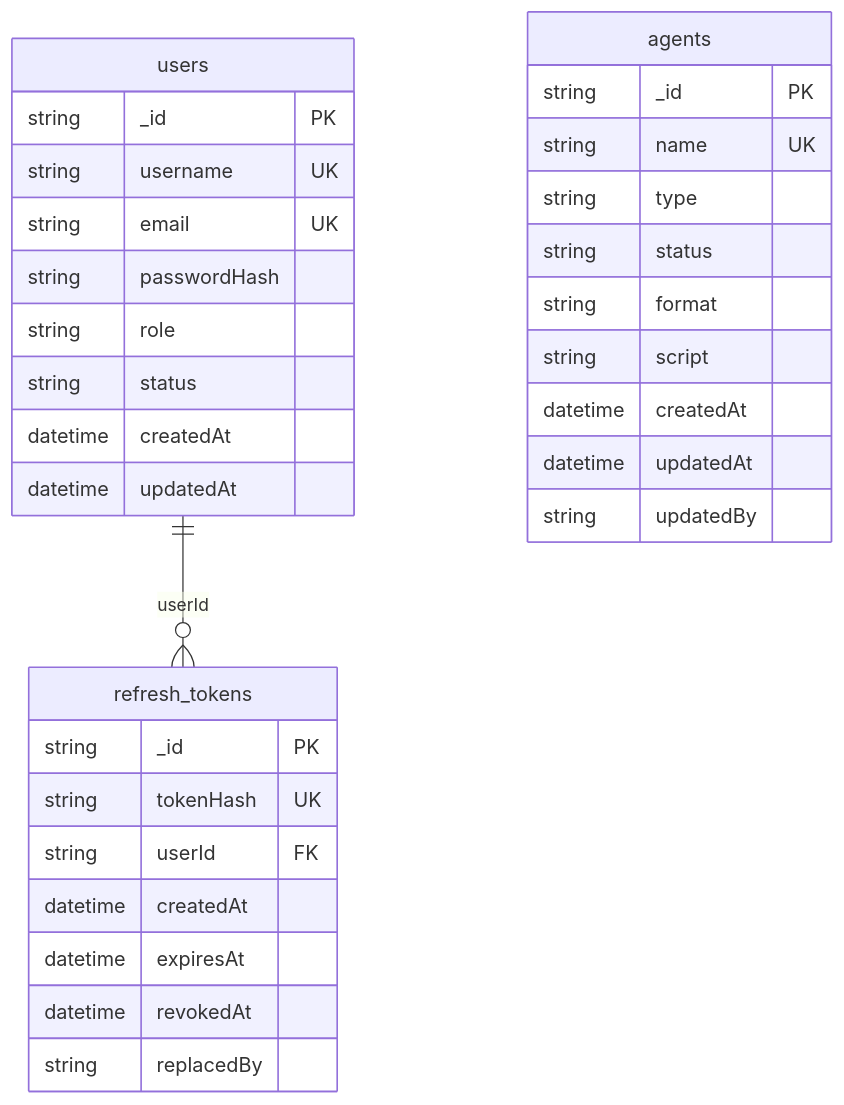
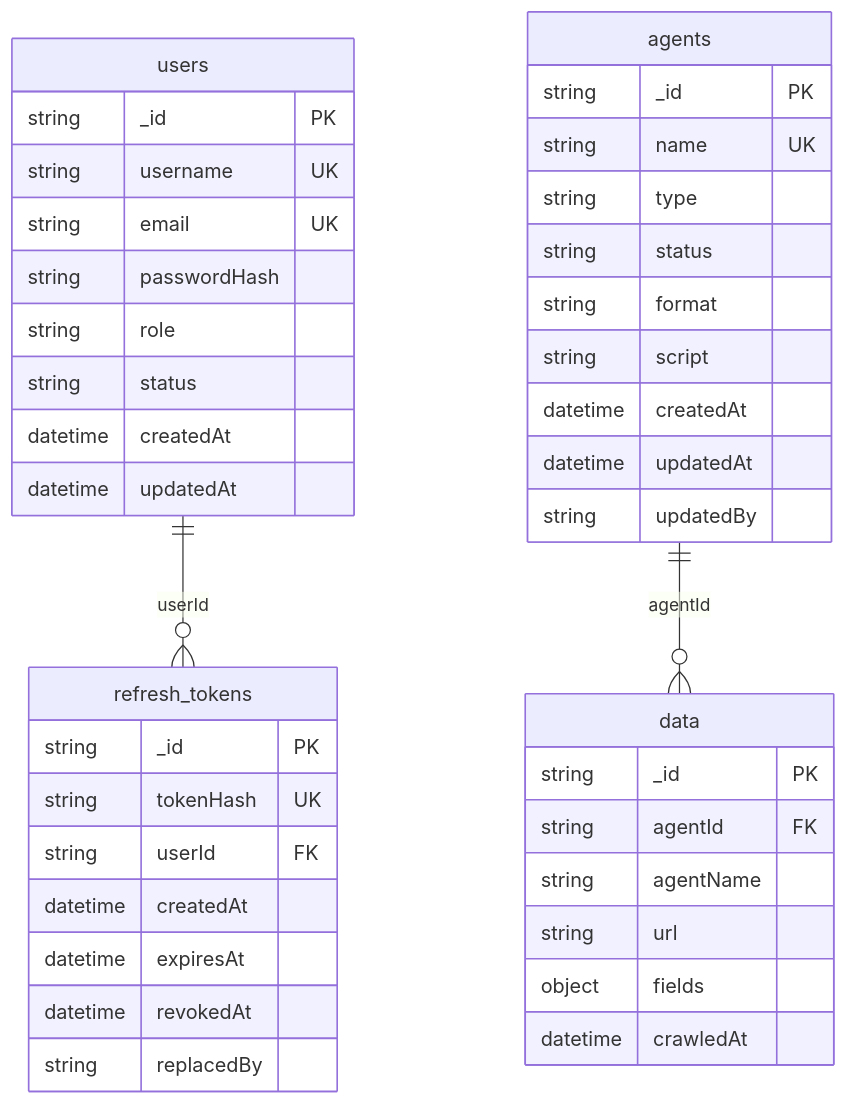
The diagram in backend/.claude/rules/database-schema.md (Nammm000/Desktop-data-crawler-application), drawn with Mermaid before and after one commit. The commit also changed other lines of this file and 20 other files, not shown here.

````diff
--- a/backend/.claude/rules/database-schema.md
+++ b/backend/.claude/rules/database-schema.md
@@ -31,34 +32,43 @@
 ```mermaid
 erDiagram
     users ||--o{ refresh_tokens : "userId"
     users {
         string _id PK
         string username UK
         string email UK
         string passwordHash
         string role
         string status
         datetime createdAt
         datetime updatedAt
     }
     refresh_tokens {
         string _id PK
         string tokenHash UK
         string userId FK
         datetime createdAt
         datetime expiresAt
         datetime revokedAt
         string replacedBy
     }
     agents {
         string _id PK
         string name UK
         string type
         string status
         string format
         string script
         datetime createdAt
         datetime updatedAt
         string updatedBy
     }
+    agents ||--o{ data : "agentId"
+    data {
+        string _id PK
+        string agentId FK
+        string agentName
+        string url
+        object fields
+        datetime crawledAt
+    }
 ```
````
